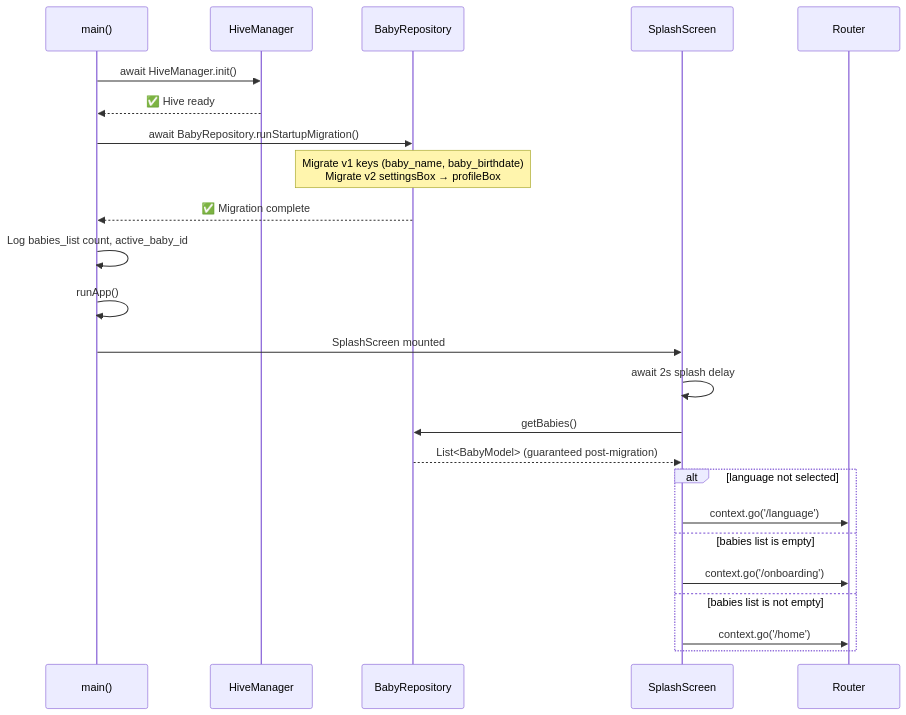
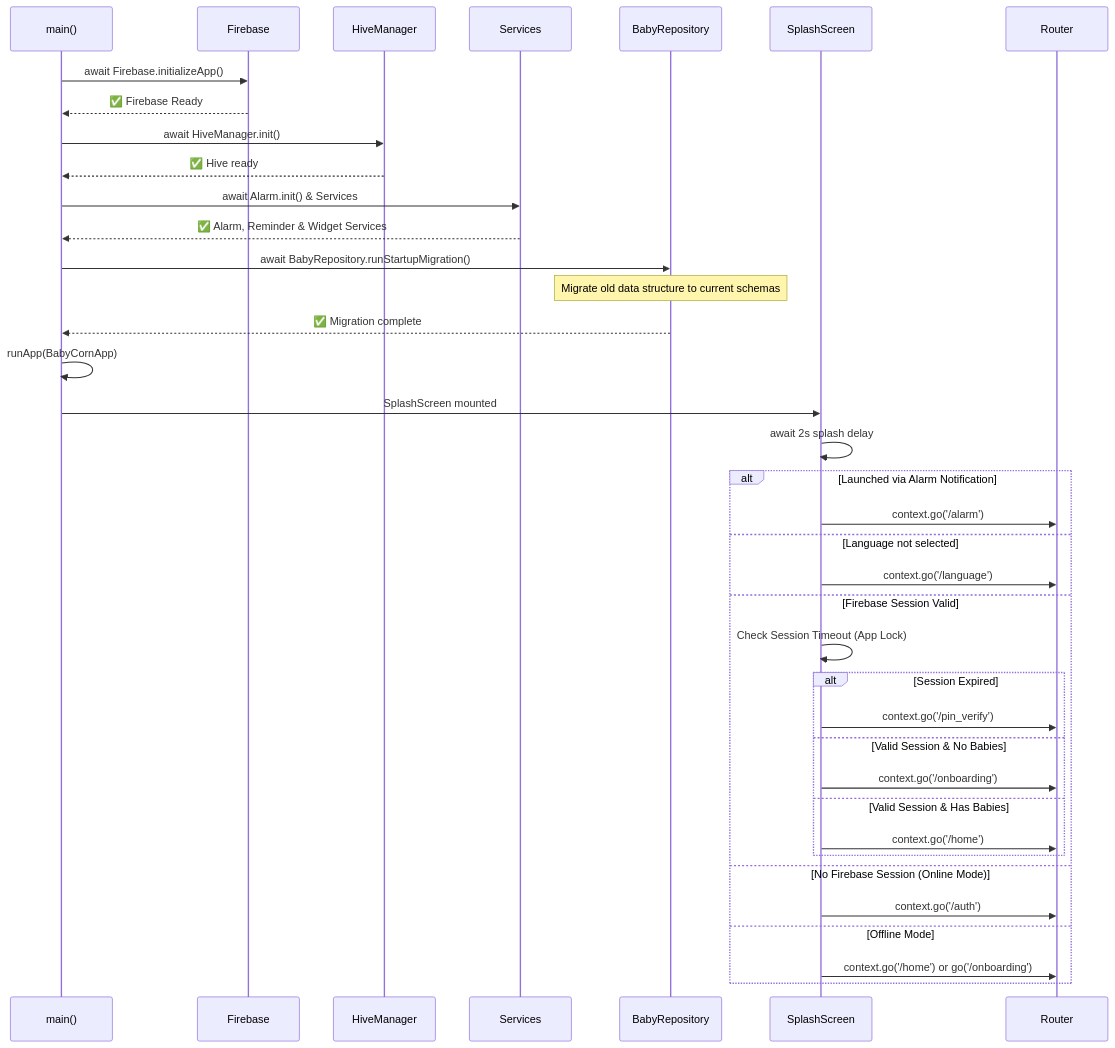
The diagram in README.md (iamPrashanta/baby-corn-apk), drawn with Mermaid before and after one commit. The commit also changed other lines of this file and 3 other files, not shown here.

Commit message:
refactor: implement app lifecycle security, add recipe lists, and update architecture documentation.

````diff
--- a/README.md
+++ b/README.md
@@ -198,31 +203,47 @@
 ```mermaid
 sequenceDiagram
     participant M  as main()
+    participant FB as Firebase
     participant HV as HiveManager
+    participant SV as Services
     participant BR as BabyRepository
     participant SP as SplashScreen
     participant RT as Router
 
+    M->>FB: await Firebase.initializeApp()
+    FB-->>M: ✅ Firebase Ready
+    
     M->>HV: await HiveManager.init()
     HV-->>M: ✅ Hive ready
 
+    M->>SV: await Alarm.init() & Services
+    SV-->>M: ✅ Alarm, Reminder & Widget Services
+
     M->>BR: await BabyRepository.runStartupMigration()
-    Note over BR: Migrate v1 keys (baby_name, baby_birthdate)<br/>Migrate v2 settingsBox → profileBox
+    Note over BR: Migrate old data structure to current schemas
     BR-->>M: ✅ Migration complete
 
-    M->>M: Log babies_list count, active_baby_id
-    M->>M: runApp()
+    M->>M: runApp(BabyCornApp)
 
     M->>SP: SplashScreen mounted
     SP->>SP: await 2s splash delay
-    SP->>BR: getBabies()
-    BR-->>SP: List<BabyModel> (guaranteed post-migration)
-
-    alt language not selected
+    
+    alt Launched via Alarm Notification
+        SP->>RT: context.go('/alarm')
+    else Language not selected
         SP->>RT: context.go('/language')
-    else babies list is empty
-        SP->>RT: context.go('/onboarding')
-    else babies list is not empty
-        SP->>RT: context.go('/home')
+    else Firebase Session Valid
+        SP->>SP: Check Session Timeout (App Lock)
+        alt Session Expired
+            SP->>RT: context.go('/pin_verify')
+        else Valid Session & No Babies
+            SP->>RT: context.go('/onboarding')
+        else Valid Session & Has Babies
+            SP->>RT: context.go('/home')
+        end
+    else No Firebase Session (Online Mode)
+        SP->>RT: context.go('/auth')
+    else Offline Mode
+        SP->>RT: context.go('/home') or go('/onboarding')
     end
 ```
````
